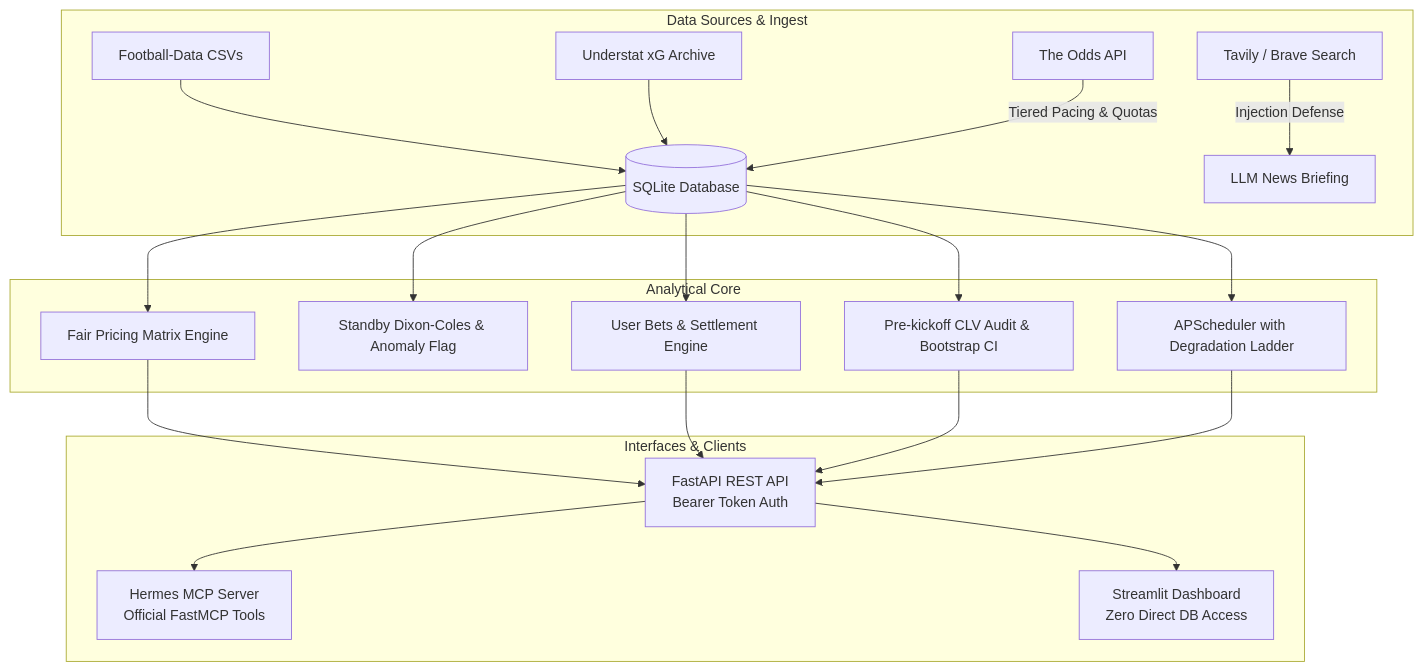
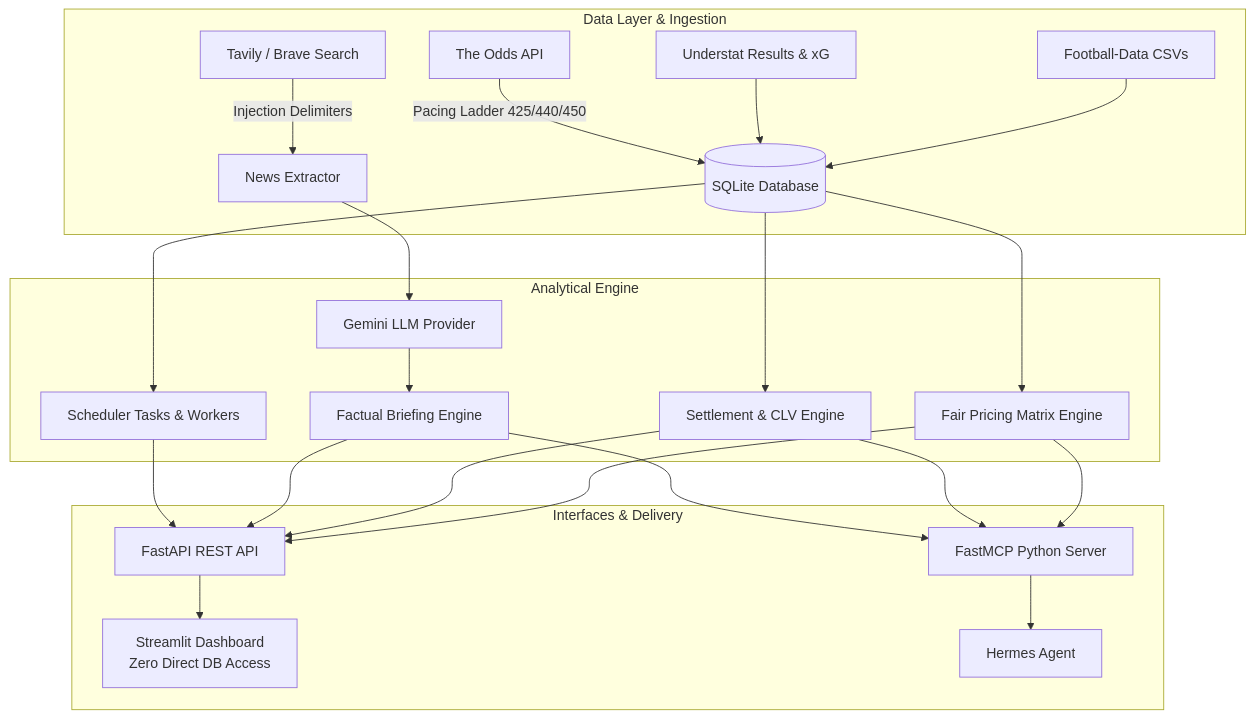
The diagram in reports/SUMMARY_v3.md (karzhaneuski/valuebet-engine), drawn with Mermaid before and after one commit. The commit also changed other lines of this file and 5 other files, not shown here.

````diff
--- a/reports/SUMMARY_v3.md
+++ b/reports/SUMMARY_v3.md
@@ -26,23 +27,24 @@
 ```mermaid
 flowchart TD
-    subgraph Data Sources & Ingest
+    subgraph Data Layer & Ingestion
         FD[Football-Data CSVs] --> DB[(SQLite Database)]
-        US[Understat xG Archive] --> DB
-        TOA[The Odds API] -->|Tiered Pacing & Quotas| DB
-        NEWS[Tavily / Brave Search] -->|Injection Defense| LLM[LLM News Briefing]
+        US[Understat Results & xG] --> DB
+        TOA[The Odds API] -->|Pacing Ladder 425/440/450| DB
+        NEWS[Tavily / Brave Search] -->|Injection Delimiters| EXT[News Extractor]
     end
 
-    subgraph Analytical Core
+    subgraph Analytical Engine
         DB --> FM[Fair Pricing Matrix Engine]
-        DB --> STB[Standby Dixon-Coles & Anomaly Flag]
-        DB --> UB[User Bets & Settlement Engine]
-        DB --> CLV[Pre-kickoff CLV Audit & Bootstrap CI]
-        DB --> SCH[APScheduler with Degradation Ladder]
+        DB --> TRK[Settlement & CLV Engine]
+        DB --> SCH[Scheduler Tasks & Workers]
+        EXT --> LLM[Gemini LLM Provider]
+        LLM --> BRF[Factual Briefing Engine]
     end
 
-    subgraph Interfaces & Clients
-        FM & UB & CLV & SCH --> API[FastAPI REST API<br>Bearer Token Auth]
-        API --> MCP[Hermes MCP Server<br>Official FastMCP Tools]
+    subgraph Interfaces & Delivery
+        FM & TRK & BRF & SCH --> API[FastAPI REST API]
         API --> DASH[Streamlit Dashboard<br>Zero Direct DB Access]
+        FM & TRK & BRF --> MCP[FastMCP Python Server]
+        MCP --> HERMES[Hermes Agent]
     end
 ```
````
